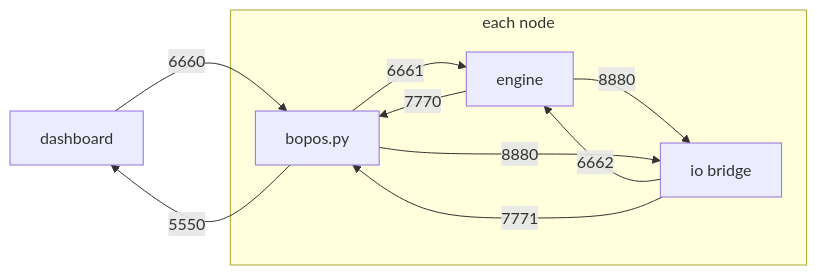
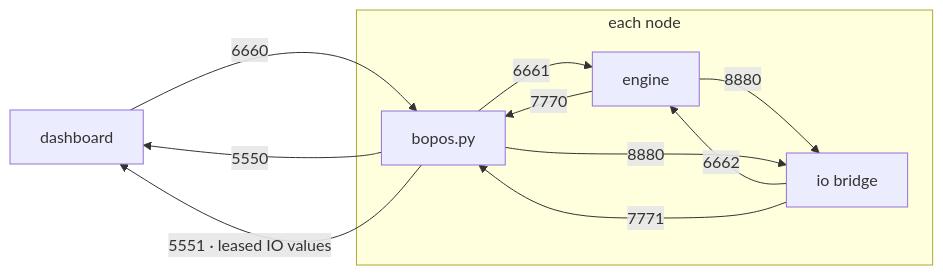
One commit to zealtv/bopOS changed the diagram in docs/PORTS.md. Above: the diagram before and after it, drawn with Mermaid. The commit also changed other lines of this file and 14 other files, not shown here.

````diff
--- a/docs/PORTS.md
+++ b/docs/PORTS.md
@@ -27,17 +27,18 @@
 ```mermaid
 flowchart LR
     dash["dashboard"]
     subgraph node [each node]
         bopos["bopos.py"]
         engine["engine"]
         io["io bridge"]
     end
     dash -- "6660" --> bopos
     bopos -- "5550" --> dash
+    bopos -- "5551 · leased IO values" --> dash
     bopos -- "6661" --> engine
     engine -- "7770" --> bopos
     io -- "6662" --> engine
     engine -- "8880" --> io
     bopos -- "8880" --> io
     io -- "7771" --> bopos
 ```
````
